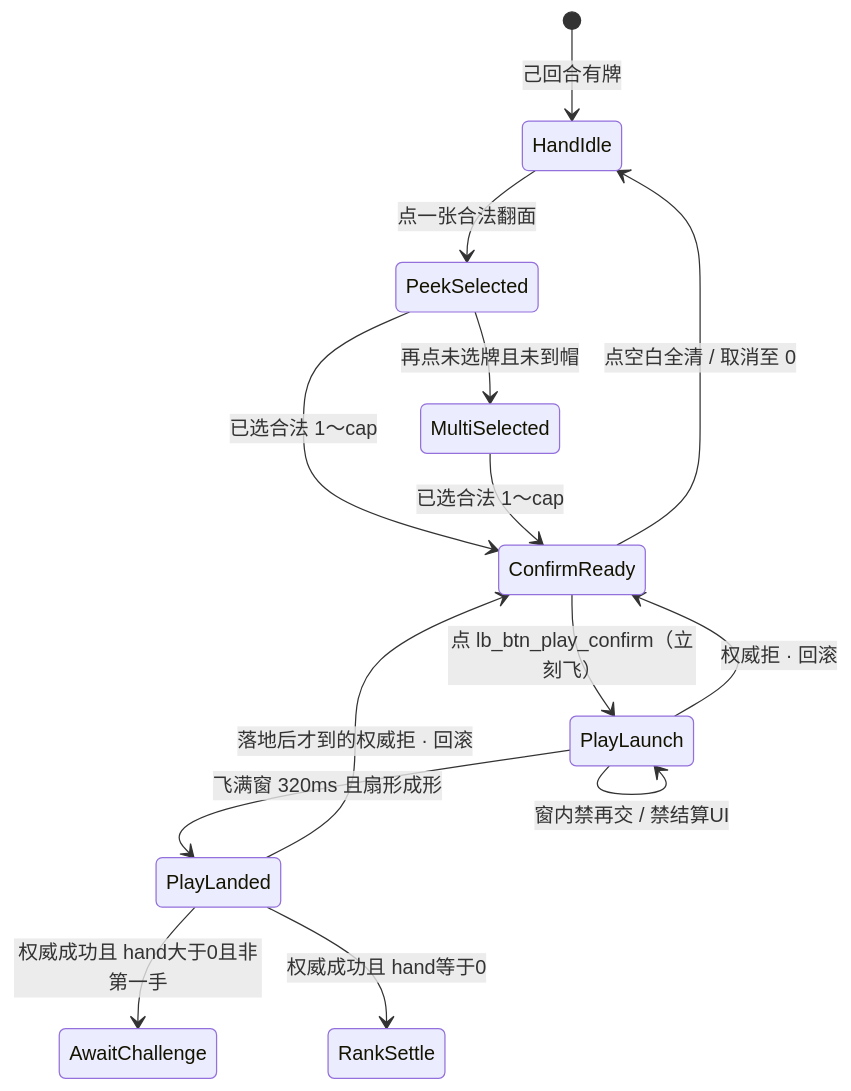
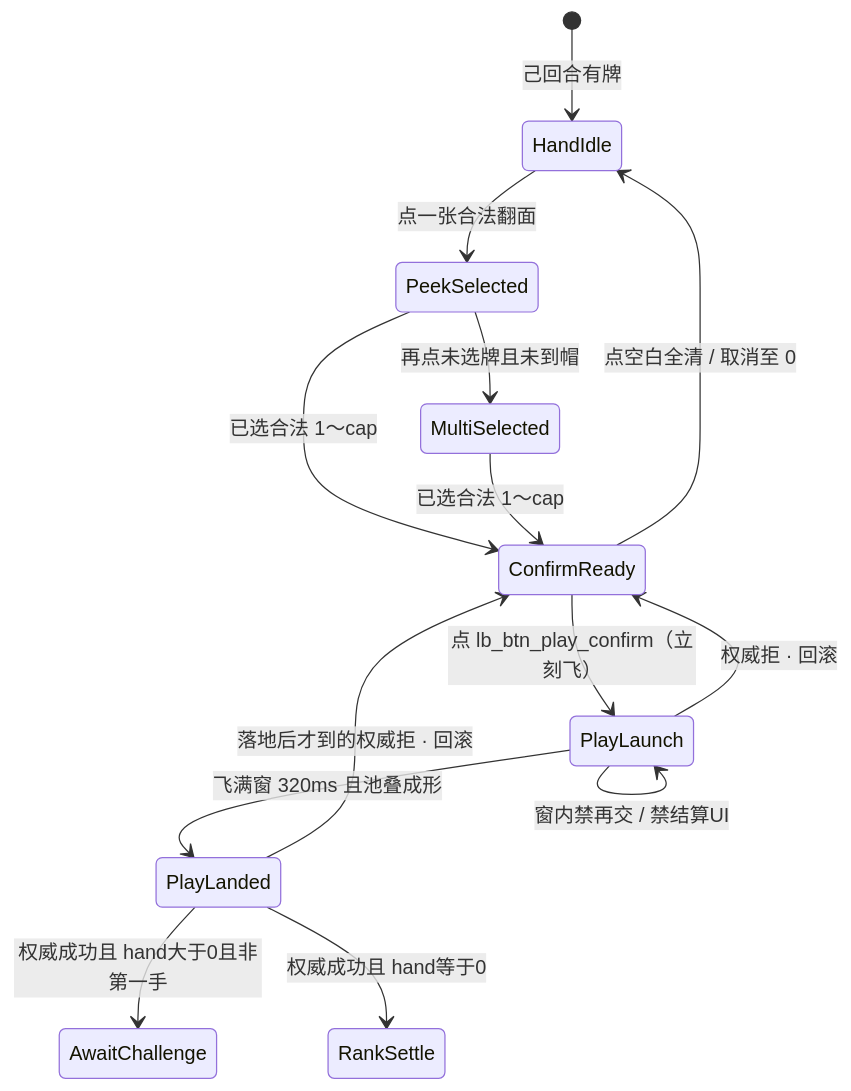
The diagram in docs/02-游戏设计/出牌扣牌-状态机.md (xubin0903/LiarBar), drawn with Mermaid before and after one commit. The commit also changed other lines of this file and 4 other files, not shown here.

````diff
--- a/docs/02-游戏设计/出牌扣牌-状态机.md
+++ b/docs/02-游戏设计/出牌扣牌-状态机.md
@@ -100,16 +100,16 @@
 ```mermaid
 stateDiagram-v2
   [*] --> HandIdle: 己回合有牌
   HandIdle --> PeekSelected: 点一张合法翻面
   PeekSelected --> MultiSelected: 再点未选牌且未到帽
   PeekSelected --> ConfirmReady: 已选合法 1～cap
   MultiSelected --> ConfirmReady: 已选合法 1～cap
   ConfirmReady --> HandIdle: 点空白全清 / 取消至 0
   ConfirmReady --> PlayLaunch: 点 lb_btn_play_confirm（立刻飞）
-  PlayLaunch --> PlayLanded: 飞满窗 320ms 且扇形成形
+  PlayLaunch --> PlayLanded: 飞满窗 320ms 且池叠成形
   PlayLanded --> AwaitChallenge: 权威成功且 hand大于0且非第一手
   PlayLanded --> RankSettle: 权威成功且 hand等于0
   PlayLaunch --> ConfirmReady: 权威拒 · 回滚
   PlayLanded --> ConfirmReady: 落地后才到的权威拒 · 回滚
   PlayLaunch --> PlayLaunch: 窗内禁再交 / 禁结算UI
 ```
````
